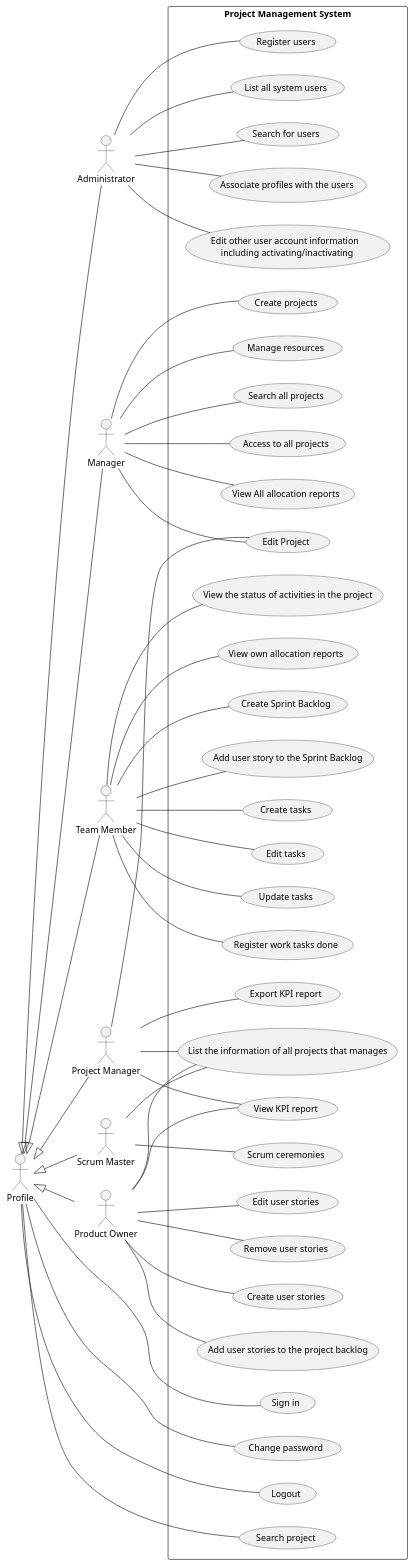
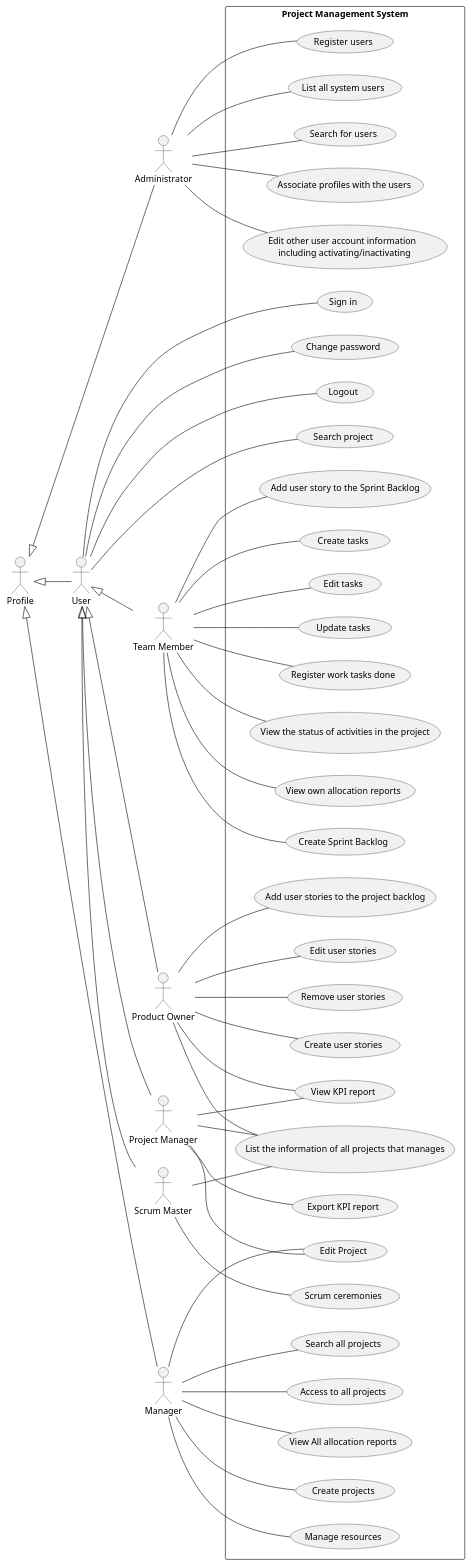
Before and after one commit to ivo-menezes/project_g3: the diagram in docs/modelling_design/use_case_diagram/project_management_system.puml, drawn with PlantUML.

Commit message:
Use Case Model: Analysis: Editing

```diff
--- a/docs/modelling_design/use_case_diagram/project_management_system.puml
+++ b/docs/modelling_design/use_case_diagram/project_management_system.puml
@@ -1,62 +1,63 @@
 @startuml
 left to right direction
 
-:Profile: as User
-User <|-- :Administrator:
-User <|-- :Manager:
-User <|-- :Team Member:
-User <|-- :Project Manager:
-User <|-- :Scrum Master:
-User <|-- :Product Owner:
+:Profile: as Profile
+Profile <|-- :Administrator:
+Profile <|-- :User:
+Profile <|-- :Manager:
+:User:<|-- :Team Member:
+:User:<|-- :Product Owner:
+:User:<|-- :Project Manager:
+:User:<|-- :Scrum Master:
 
 rectangle "Project Management System"{
 
 User -- (Sign in)
 User -- (Change password)
 User -- (Logout)
 User -- (Search project)
 
 :Administrator: as Administrator
 Administrator -- (Register users)
 Administrator -- (List all system users)
 Administrator -- (Search for users)
 Administrator -- (Associate profiles with the users)
 Administrator -- (Edit other user account information \n including activating/inactivating)
 
 :Manager: as Manager
 Manager -- (Create projects)
 Manager -- (Manage resources)
 Manager -- (Search all projects)
 Manager -- (Access to all projects)
 Manager -- (Edit Project)
 Manager -- (View All allocation reports)
 
 :Team Member: as "Team Member"
 "Team Member" -- (Create Sprint Backlog)
 "Team Member" -- (Add user story to the Sprint Backlog)
 "Team Member" -- (Create tasks)
 "Team Member" -- (Edit tasks)
 "Team Member" -- (Update tasks)
 "Team Member" -- (Register work tasks done)
 "Team Member" -- (View the status of activities in the project)
 "Team Member" -- (View own allocation reports)
 
 :Project Manager: as "Project Manager"
 "Project Manager" -- (List the information of all projects that manages)
 "Project Manager" -- (Edit Project)
 "Project Manager" -- (View KPI report)
 "Project Manager" -- (Export KPI report)
 
 :Product Owner: as "Product Owner"
 "Product Owner" -- (List the information of all projects that manages)
 "Product Owner" -- (Create user stories)
 "Product Owner" -- (Add user stories to the project backlog)
 "Product Owner" -- (Edit user stories)
 "Product Owner" -- (Remove user stories)
 "Product Owner" -- (View KPI report)
 
 :Scrum Master: as "Scrum Master"
 "Scrum Master" -- (List the information of all projects that manages)
 "Scrum Master" -- (Scrum ceremonies)
 }
 @enduml
```
